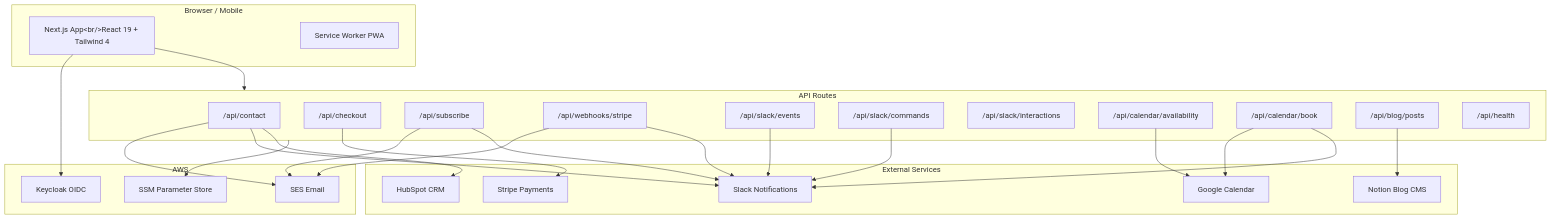
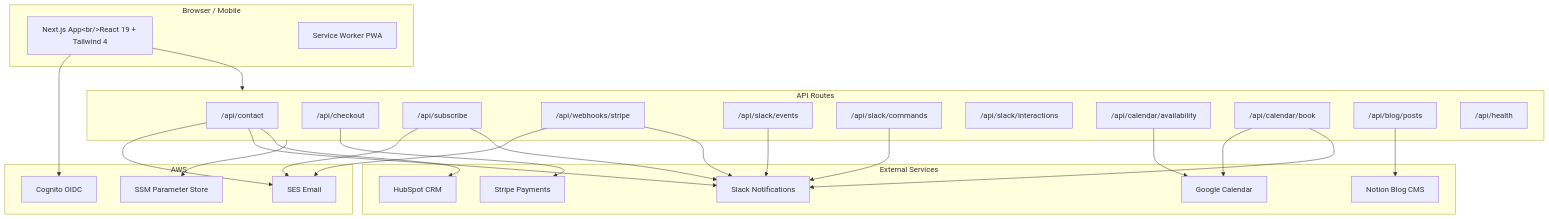
One commit to Themis128/cloudless.gr changed the second of 4 diagrams in README.md. Above: the diagram before and after it, drawn with Mermaid. The commit also changed other lines of this file and 53 other files, not shown here.

````diff
--- a/README.md
+++ b/README.md
@@ -62,51 +62,51 @@
 ```mermaid
 graph TB
     subgraph Client["Browser / Mobile"]
         UI["Next.js App&lt;br/&gt;React 19 + Tailwind 4"]
         SW["Service Worker PWA"]
     end
     subgraph Routes["API Routes"]
         Contact["/api/contact"]
         Checkout["/api/checkout"]
         Subscribe["/api/subscribe"]
         StripeWH["/api/webhooks/stripe"]
         SlackEvt["/api/slack/events"]
         SlackCmd["/api/slack/commands"]
         SlackInt["/api/slack/interactions"]
         CalAvail["/api/calendar/availability"]
         CalBook["/api/calendar/book"]
         Blog["/api/blog/posts"]
         Health["/api/health"]
     end
 
     subgraph AWS["AWS"]
-        Keycloak["Keycloak OIDC"]
+        Cognito["Cognito OIDC"]
         SES["SES Email"]
         SSM["SSM Parameter Store"]
     end
     subgraph External["External Services"]
         Stripe["Stripe Payments"]
         Slack["Slack Notifications"]
         HubSpot["HubSpot CRM"]
         GCal["Google Calendar"]
         Notion["Notion Blog CMS"]
     end
 
     UI --> Routes
-    UI --> Keycloak
+    UI --> Cognito
     Routes --> SSM
     Contact --> SES
     Contact --> Slack
     Contact --> HubSpot
     Subscribe --> SES
     Subscribe --> Slack
     Checkout --> Stripe
     StripeWH --> SES
     StripeWH --> Slack
     CalAvail --> GCal
     CalBook --> GCal
     CalBook --> Slack
     Blog --> Notion
     SlackEvt --> Slack
     SlackCmd --> Slack
 ```
````
